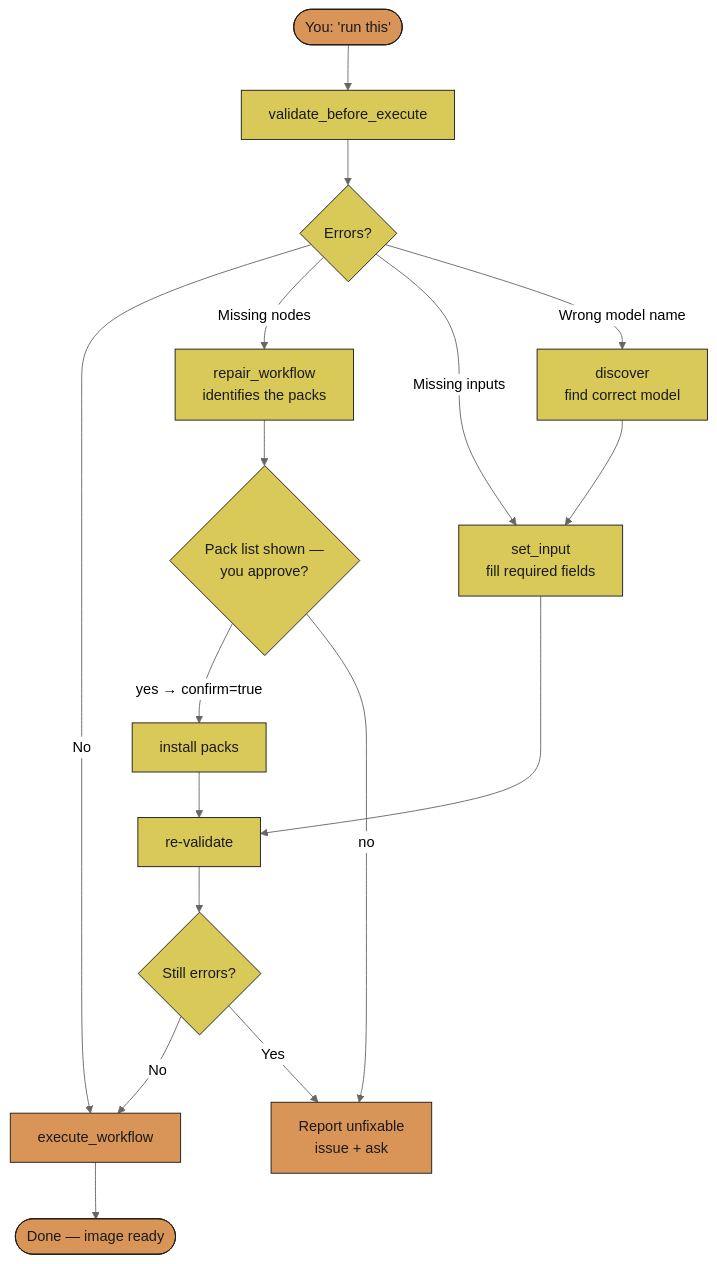
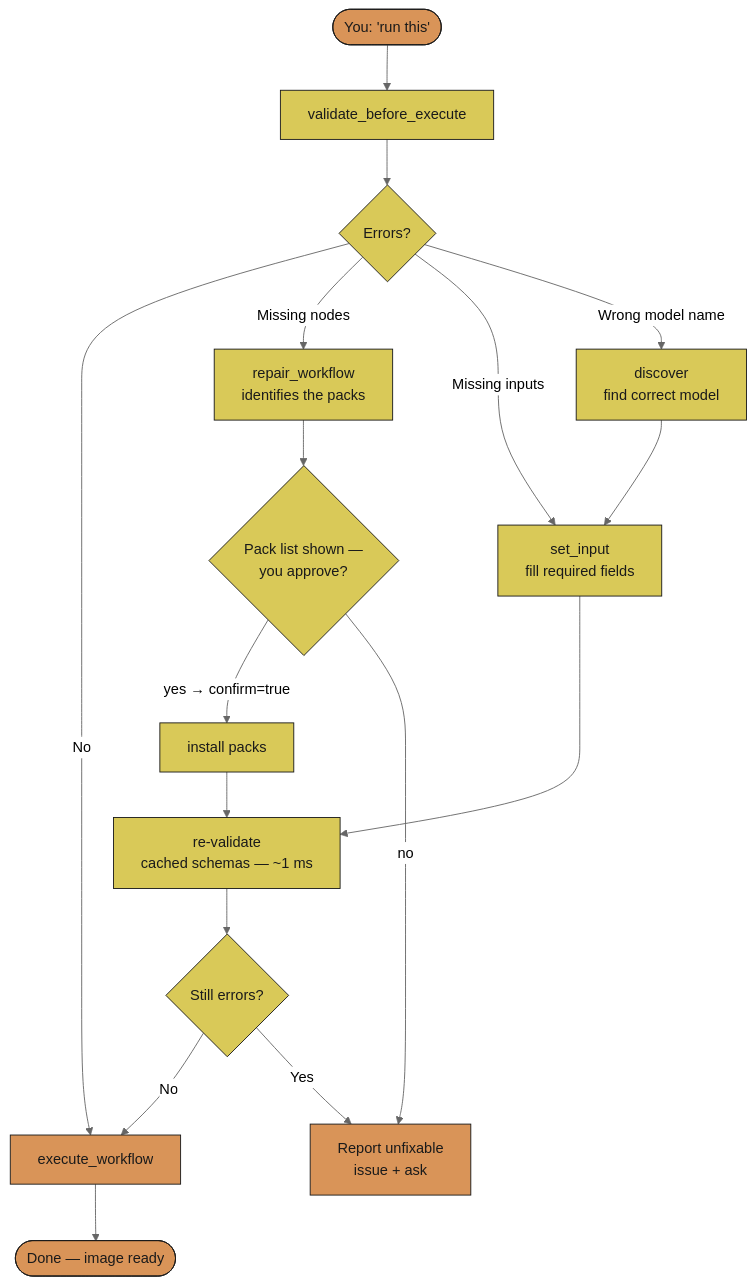
The ninth of 33 diagrams in README.md (JosephOIbrahim/Comfy-Cozy), drawn with Mermaid (neutral theme) before and after one commit. The commit also changed other lines of this file and 3 other files, not shown here.

First line of the commit message:
[VERIFY] release: v5.2.0 - README/diagrams to the measured June-11 state, changelog 5.1.0+5.2.0, version bump

````diff
--- a/README.md
+++ b/README.md
@@ -584,24 +588,24 @@
 ```mermaid
 flowchart TD
     Run(["You: 'run this'"]) --> Validate["validate_before_execute"]
     Validate --> Check{"Errors?"}
     Check -->|No| Execute["execute_workflow"]
     Check -->|"Missing nodes"| Repair["repair_workflow<br/>identifies the packs"]
     Check -->|"Missing inputs"| SetInput["set_input<br/>fill required fields"]
     Check -->|"Wrong model name"| Discover["discover<br/>find correct model"]
     Repair --> Confirm{"Pack list shown —<br/>you approve?"}
     Confirm -->|"yes → confirm=true"| Install["install packs"]
     Confirm -->|no| Report
-    Install --> Revalidate["re-validate"]
+    Install --> Revalidate["re-validate<br/>cached schemas — ~1 ms"]
     SetInput --> Revalidate
     Discover --> SetInput
     Revalidate --> Check2{"Still errors?"}
     Check2 -->|No| Execute
     Check2 -->|Yes| Report["Report unfixable<br/>issue + ask"]
     Execute --> Done(["Done — image ready"])
 
     classDef orange fill:#d99458,color:#1a1a1a,stroke:#1a1a1a
     classDef yellow fill:#d9c958,color:#1a1a1a,stroke:#1a1a1a
     class Run,Execute,Done,Report orange
     class Validate,Repair,Confirm,Install,SetInput,Discover,Check,Revalidate,Check2 yellow
 ```
````
